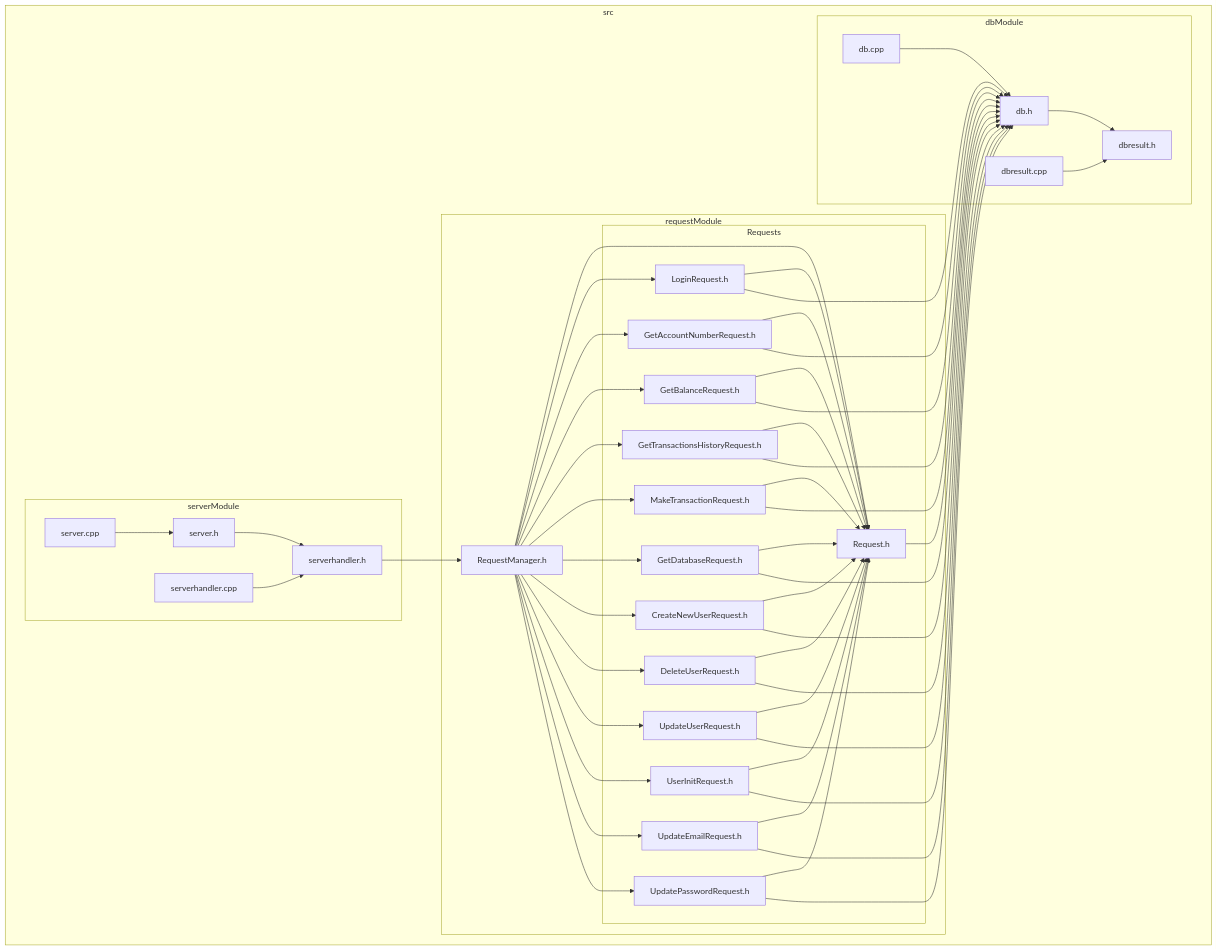
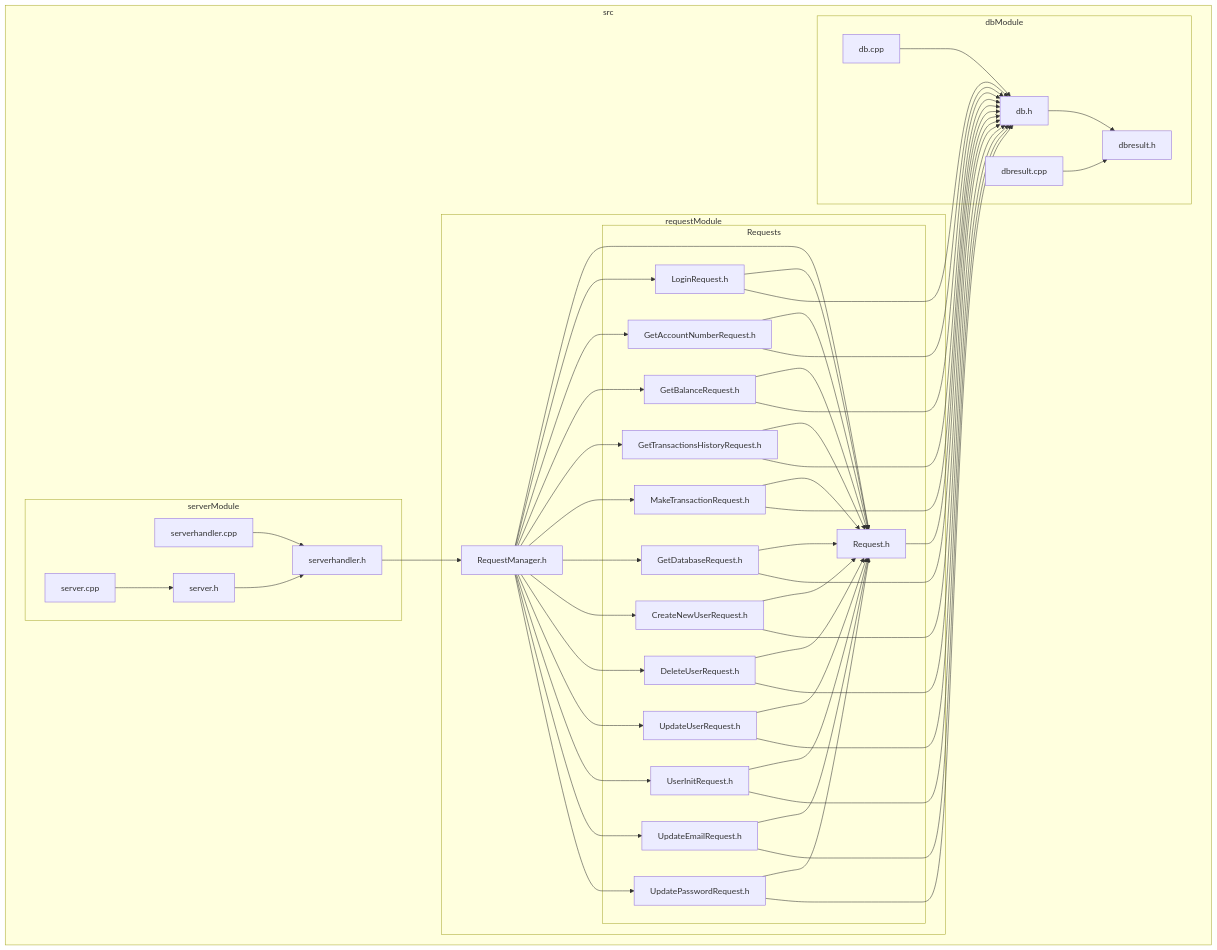
One commit to 7osssam/QT-Banking-System-Server changed the diagram in docs/diagrams/include_diagram.mmd. Above: the diagram before and after it, drawn with Mermaid. The commit also changed other lines of this file and 6 other files, not shown here.

Commit message:
Update system class diagram ans state diagram

```diff
--- a/docs/diagrams/include_diagram.mmd
+++ b/docs/diagrams/include_diagram.mmd
@@ -1,81 +1,81 @@
 flowchart
     subgraph C_0009392701334512935369[src]
     subgraph C_0000376844742298738572[serverModule]
+    C_0002802959985742540062[serverhandler.cpp]
+    C_0014776125144863485891[serverhandler.h]
     C_0004930444100045331493[server.h]
-    C_0014776125144863485891[serverhandler.h]
     C_0014526408463163538724[server.cpp]
-    C_0002802959985742540062[serverhandler.cpp]
     end
     subgraph C_0007249139127462911352[requestModule]
     C_0004662975987075955962[RequestManager.h]
     subgraph C_0001482322031337363986[Requests]
     C_0000683983954371703321[Request.h]
     C_0009705104522813573766[LoginRequest.h]
     C_0002027120791438508115[GetAccountNumberRequest.h]
     C_0010044431027817489945[GetBalanceRequest.h]
     C_0006672437125610379356[GetTransactionsHistoryRequest.h]
     C_0008063967914262038647[MakeTransactionRequest.h]
     C_0009014951225837961074[GetDatabaseRequest.h]
     C_0012389142519446737106[CreateNewUserRequest.h]
     C_0017998885070914382401[DeleteUserRequest.h]
     C_0011687987665606014223[UpdateUserRequest.h]
     C_0011066283835893554674[UserInitRequest.h]
     C_0000415219272604096448[UpdateEmailRequest.h]
     C_0015919083400246773521[UpdatePasswordRequest.h]
     end
     end
     subgraph C_0006877198409089665649[dbModule]
     C_0005021643397729925023[db.h]
     C_0012871275894220828006[dbresult.h]
     C_0016013798473120276547[dbresult.cpp]
     C_0010016149012892003898[db.cpp]
     end
     end
+    C_0002802959985742540062 --> C_0014776125144863485891
+    C_0014776125144863485891 --> C_0004662975987075955962
     C_0004930444100045331493 --> C_0014776125144863485891
-    C_0014776125144863485891 --> C_0004662975987075955962
     C_0014526408463163538724 --> C_0004930444100045331493
-    C_0002802959985742540062 --> C_0014776125144863485891
     C_0004662975987075955962 --> C_0000683983954371703321
     C_0004662975987075955962 --> C_0009705104522813573766
     C_0004662975987075955962 --> C_0002027120791438508115
     C_0004662975987075955962 --> C_0010044431027817489945
     C_0004662975987075955962 --> C_0006672437125610379356
     C_0004662975987075955962 --> C_0008063967914262038647
     C_0004662975987075955962 --> C_0009014951225837961074
     C_0004662975987075955962 --> C_0012389142519446737106
     C_0004662975987075955962 --> C_0017998885070914382401
     C_0004662975987075955962 --> C_0011687987665606014223
     C_0004662975987075955962 --> C_0011066283835893554674
     C_0004662975987075955962 --> C_0000415219272604096448
     C_0004662975987075955962 --> C_0015919083400246773521
     C_0000683983954371703321 --> C_0005021643397729925023
     C_0009705104522813573766 --> C_0000683983954371703321
     C_0009705104522813573766 --> C_0005021643397729925023
     C_0002027120791438508115 --> C_0000683983954371703321
     C_0002027120791438508115 --> C_0005021643397729925023
     C_0010044431027817489945 --> C_0000683983954371703321
     C_0010044431027817489945 --> C_0005021643397729925023
     C_0006672437125610379356 --> C_0000683983954371703321
     C_0006672437125610379356 --> C_0005021643397729925023
     C_0008063967914262038647 --> C_0000683983954371703321
     C_0008063967914262038647 --> C_0005021643397729925023
     C_0009014951225837961074 --> C_0000683983954371703321
     C_0009014951225837961074 --> C_0005021643397729925023
     C_0012389142519446737106 --> C_0000683983954371703321
     C_0012389142519446737106 --> C_0005021643397729925023
     C_0017998885070914382401 --> C_0000683983954371703321
     C_0017998885070914382401 --> C_0005021643397729925023
     C_0011687987665606014223 --> C_0000683983954371703321
     C_0011687987665606014223 --> C_0005021643397729925023
     C_0011066283835893554674 --> C_0000683983954371703321
     C_0011066283835893554674 --> C_0005021643397729925023
     C_0000415219272604096448 --> C_0000683983954371703321
     C_0000415219272604096448 --> C_0005021643397729925023
     C_0015919083400246773521 --> C_0000683983954371703321
     C_0015919083400246773521 --> C_0005021643397729925023
     C_0005021643397729925023 --> C_0012871275894220828006
     C_0016013798473120276547 --> C_0012871275894220828006
     C_0010016149012892003898 --> C_0005021643397729925023
 
 %% Generated with clang-uml, version 0.5.3
 %% LLVM version clang version 18.1.1 (https://github.com/llvm/llvm-project.git dba2a75e9c7ef81fe84774ba5eee5e67e01d801a)
```
